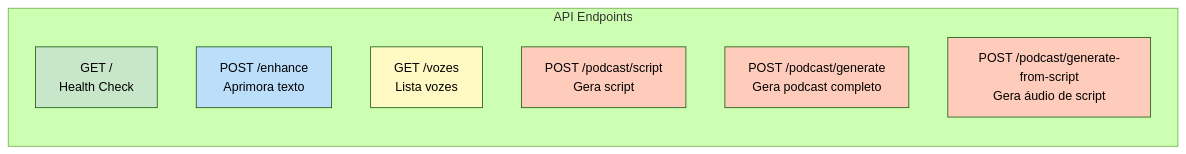
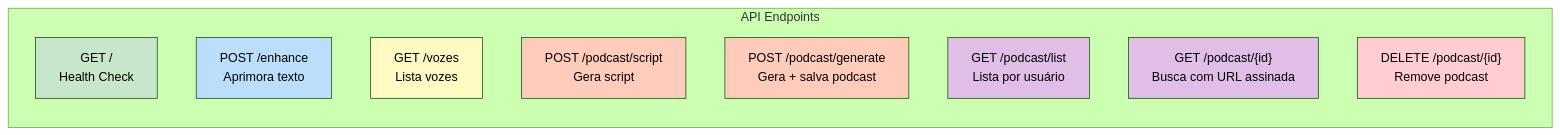
The sixth of 7 diagrams in README.md (Lucas-Salomao/podcast-api-tts), drawn with Mermaid (forest theme) before and after one commit. The commit also changed other lines of this file, not shown here.

Commit message:
docs: Update README to document the new GCP Cloud Storage and PostgreSQL persistence, along with updated features and architecture, replacing previous flow diagrams.

````diff
--- a/README.md
+++ b/README.md
@@ -293,19 +316,23 @@
 ```mermaid
 graph LR
     subgraph Endpoints["API Endpoints"]
         direction TB
         E1["GET /<br/>Health Check"]
         E2["POST /enhance<br/>Aprimora texto"]
         E3["GET /vozes<br/>Lista vozes"]
         E4["POST /podcast/script<br/>Gera script"]
-        E5["POST /podcast/generate<br/>Gera podcast completo"]
-        E6["POST /podcast/generate-from-script<br/>Gera áudio de script"]
+        E5["POST /podcast/generate<br/>Gera + salva podcast"]
+        E6["GET /podcast/list<br/>Lista por usuário"]
+        E7["GET /podcast/{id}<br/>Busca com URL assinada"]
+        E8["DELETE /podcast/{id}<br/>Remove podcast"]
     end
 
     style E1 fill:#c8e6c9
     style E2 fill:#bbdefb
     style E3 fill:#fff9c4
     style E4 fill:#ffccbc
     style E5 fill:#ffccbc
-    style E6 fill:#ffccbc
+    style E6 fill:#e1bee7
+    style E7 fill:#e1bee7
+    style E8 fill:#ffcdd2
 ```
````
